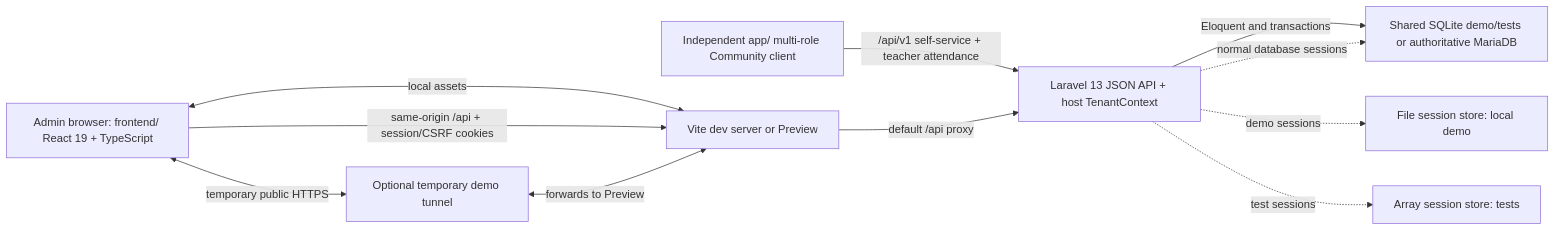
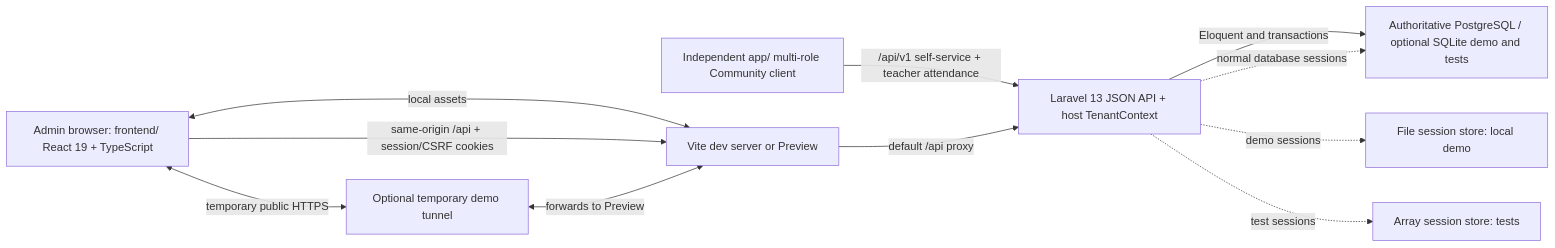
Before and after one commit to Kaikaiyng/Matahari: the diagram in docs/architecture.md, drawn with Mermaid. The commit also changed other lines of this file and 48 other files, not shown here.

Commit message:
feat: move Matahari development and deployment to PostgreSQL

````diff
--- a/docs/architecture.md
+++ b/docs/architecture.md
@@ -25,22 +25,22 @@
 ```mermaid
 flowchart LR
     Browser["Admin browser: frontend/ React 19 + TypeScript"]
     Mobile["Independent app/ multi-role Community client"]
     Vite["Vite dev server or Preview"]
     API["Laravel 13 JSON API + host TenantContext"]
-    DB["Shared SQLite demo/tests or authoritative MariaDB"]
+    DB["Authoritative PostgreSQL / optional SQLite demo and tests"]
     Files["File session store: local demo"]
     Memory["Array session store: tests"]
     Tunnel["Optional temporary demo tunnel"]
 
     Browser <-->|"local assets"| Vite
     Mobile -->|"/api/v1 self-service + teacher attendance"| API
     Browser -->|"same-origin /api + session/CSRF cookies"| Vite
     Browser <-->|"temporary public HTTPS"| Tunnel
     Tunnel <-->|"forwards to Preview"| Vite
     Vite -->|"default /api proxy"| API
     API -->|"Eloquent and transactions"| DB
     API -.->|"normal database sessions"| DB
     API -.->|"demo sessions"| Files
     API -.->|"test sessions"| Memory
 ```
````
